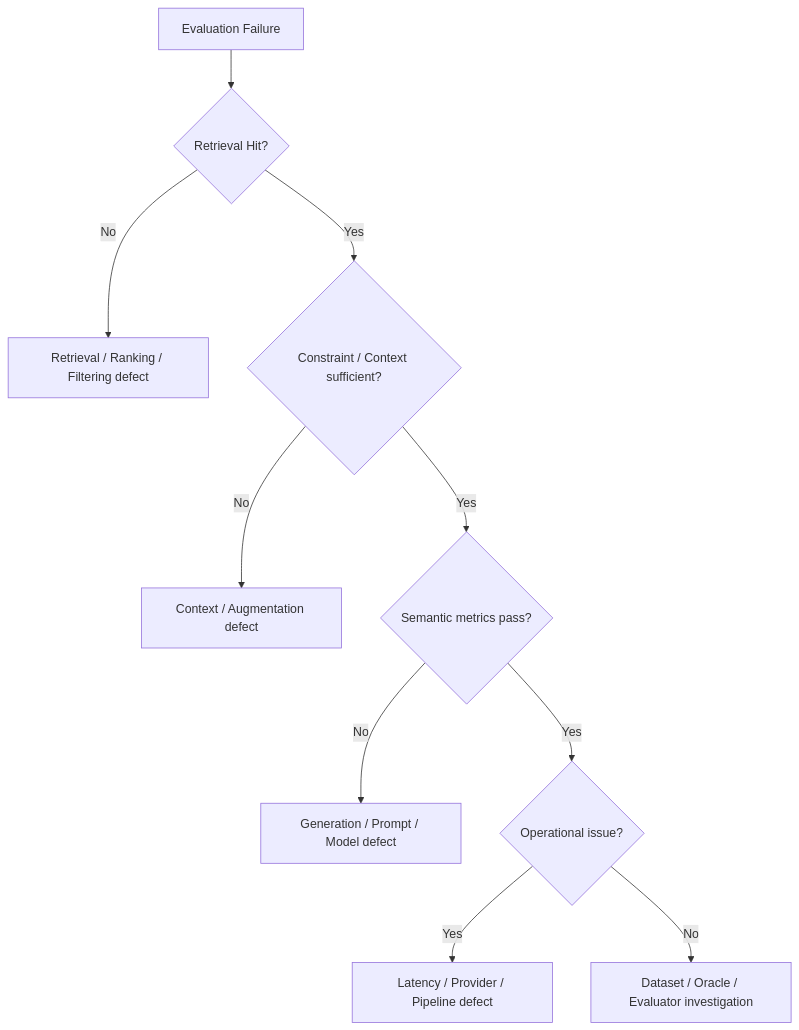
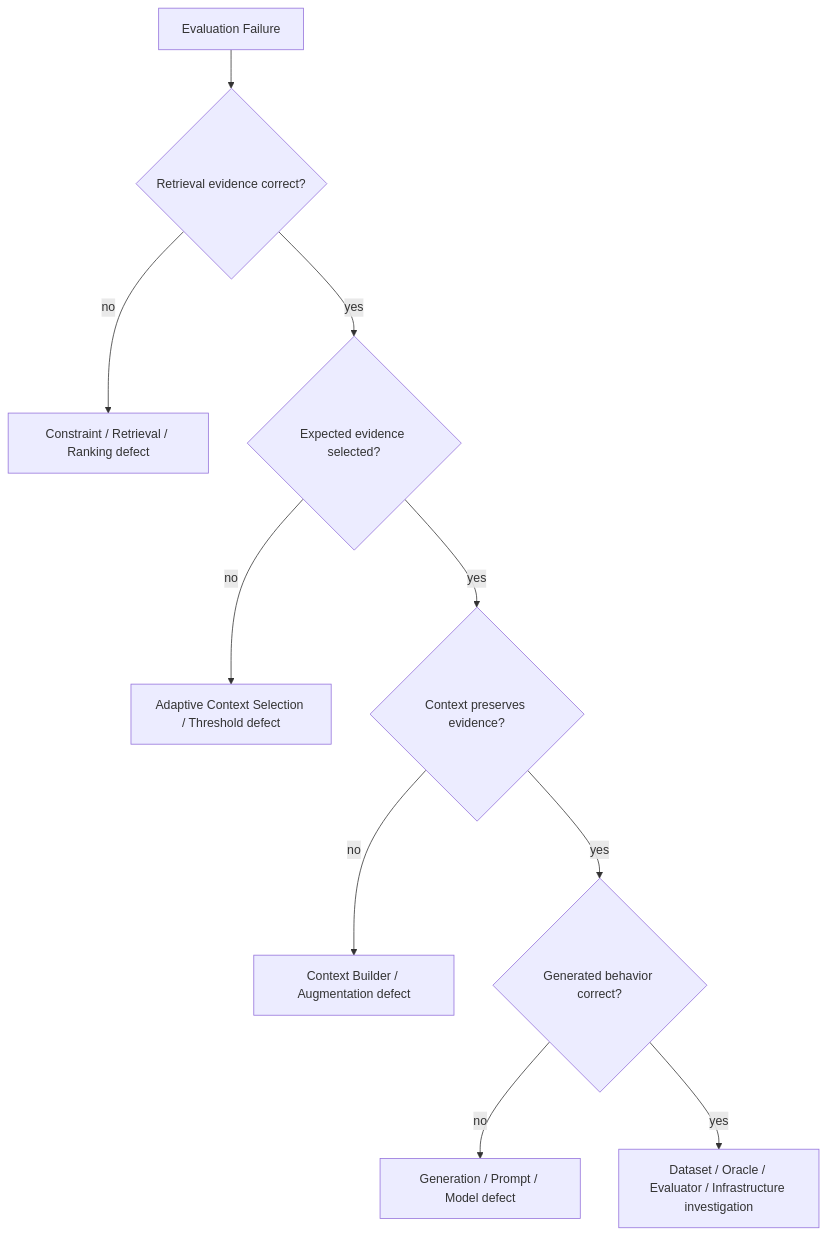
Before and after one commit to oleksandrserhieiev-beep/ai-qe-lab: the third of 3 diagrams in docs/test_strategy.md, drawn with Mermaid. The commit also changed other lines of this file, not shown here.

````diff
--- a/docs/test_strategy.md
+++ b/docs/test_strategy.md
@@ -377,12 +362,12 @@
 ```mermaid
 flowchart TD
-    A[Evaluation Failure] --> B{Retrieval Hit?}
-    B -->|No| C[Retrieval / Ranking / Filtering defect]
-    B -->|Yes| D{Constraint / Context sufficient?}
-    D -->|No| E[Context / Augmentation defect]
-    D -->|Yes| F{Semantic metrics pass?}
-    F -->|No| G[Generation / Prompt / Model defect]
-    F -->|Yes| H{Operational issue?}
-    H -->|Yes| I[Latency / Provider / Pipeline defect]
-    H -->|No| J[Dataset / Oracle / Evaluator investigation]
+    A[Evaluation Failure] --> B{Retrieval evidence correct?}
+    B -->|no| C[Constraint / Retrieval / Ranking defect]
+    B -->|yes| D{Expected evidence selected?}
+    D -->|no| E[Adaptive Context Selection / Threshold defect]
+    D -->|yes| F{Context preserves evidence?}
+    F -->|no| G[Context Builder / Augmentation defect]
+    F -->|yes| H{Generated behavior correct?}
+    H -->|no| I[Generation / Prompt / Model defect]
+    H -->|yes| J[Dataset / Oracle / Evaluator / Infrastructure investigation]
 ```
````
